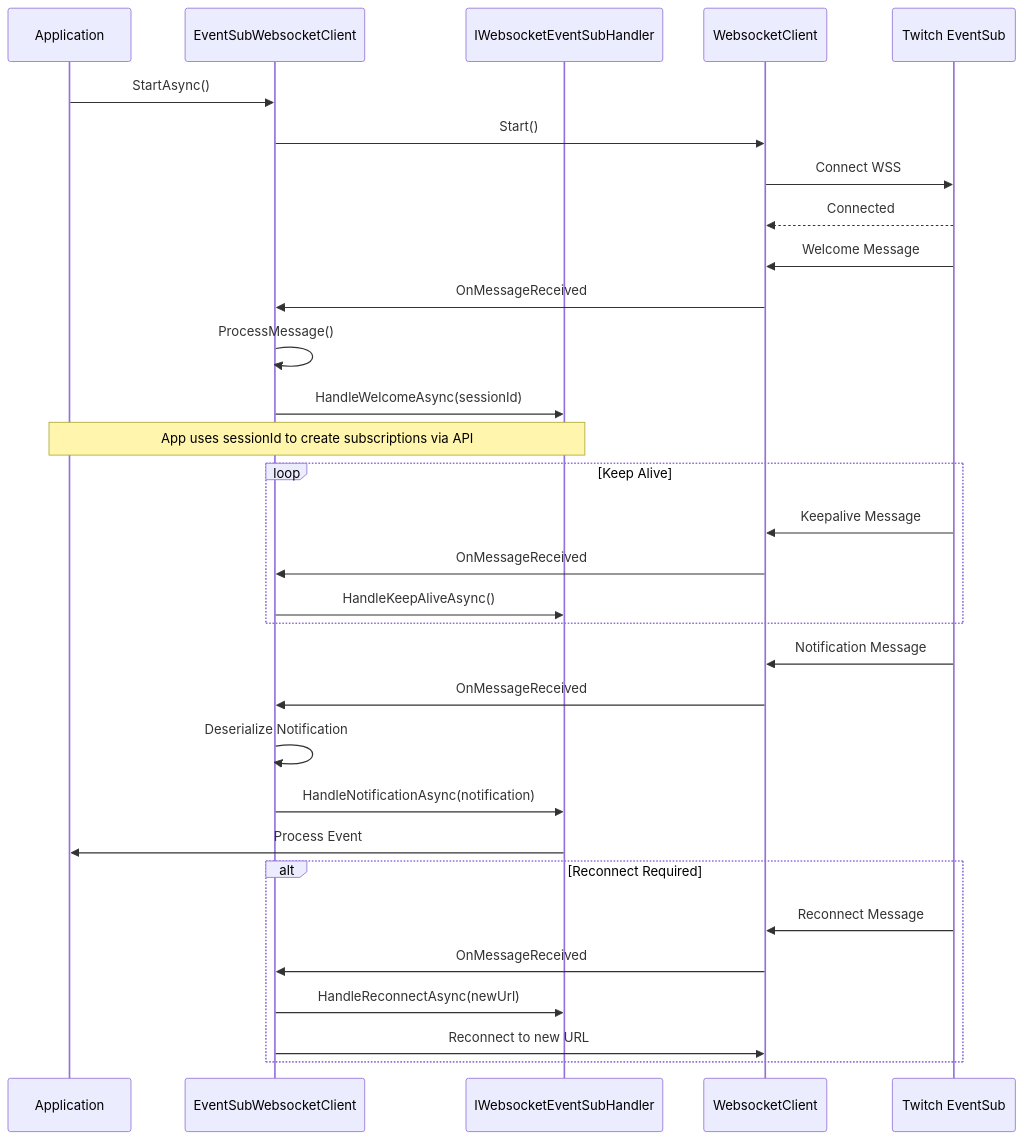
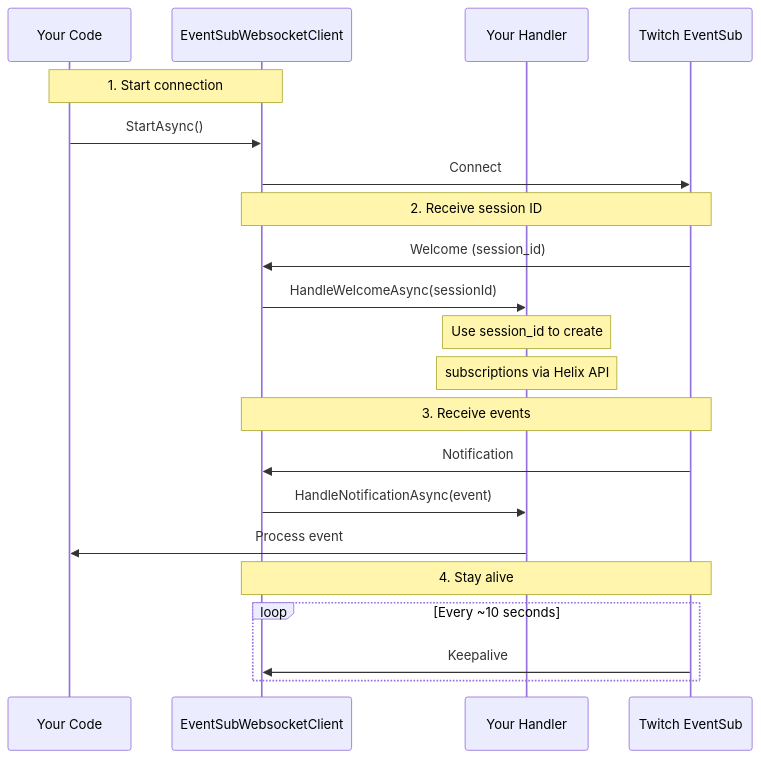
One commit to Yoyoyopo5/TwitchySharp changed the fifth of 6 diagrams in Docs/Architecture.md. Above: the diagram before and after it, drawn with Mermaid. The commit also changed other lines of this file, not shown here.

First line of the commit message:
Improve architecture docs for developer onboarding

````diff
--- a/Docs/Architecture.md
+++ b/Docs/Architecture.md
@@ -318,38 +190,28 @@
 ```mermaid
 sequenceDiagram
-    participant App as Application
+    participant App as Your Code
     participant Client as EventSubWebsocketClient
-    participant Handler as IWebsocketEventSubHandler
-    participant WS as WebsocketClient
+    participant Handler as Your Handler
     participant Twitch as Twitch EventSub
 
+    Note over App,Client: 1. Start connection
     App->>Client: StartAsync()
-    Client->>WS: Start()
-    WS->>Twitch: Connect WSS
-    Twitch-->>WS: Connected
+    Client->>Twitch: Connect
 
-    Twitch->>WS: Welcome Message
-    WS->>Client: OnMessageReceived
-    Client->>Client: ProcessMessage()
+    Note over Client,Twitch: 2. Receive session ID
+    Twitch->>Client: Welcome (session_id)
     Client->>Handler: HandleWelcomeAsync(sessionId)
-    Note over App,Handler: App uses sessionId to create subscriptions via API
 
-    loop Keep Alive
-        Twitch->>WS: Keepalive Message
-        WS->>Client: OnMessageReceived
-        Client->>Handler: HandleKeepAliveAsync()
-    end
+    Note over Handler: Use session_id to create
+    Note over Handler: subscriptions via Helix API
 
-    Twitch->>WS: Notification Message
-    WS->>Client: OnMessageReceived
-    Client->>Client: Deserialize Notification
-    Client->>Handler: HandleNotificationAsync(notification)
-    Handler->>App: Process Event
+    Note over Client,Twitch: 3. Receive events
+    Twitch->>Client: Notification
+    Client->>Handler: HandleNotificationAsync(event)
+    Handler->>App: Process event
 
-    alt Reconnect Required
-        Twitch->>WS: Reconnect Message
-        WS->>Client: OnMessageReceived
-        Client->>Handler: HandleReconnectAsync(newUrl)
-        Client->>WS: Reconnect to new URL
+    Note over Client,Twitch: 4. Stay alive
+    loop Every ~10 seconds
+        Twitch->>Client: Keepalive
     end
 ```
````
